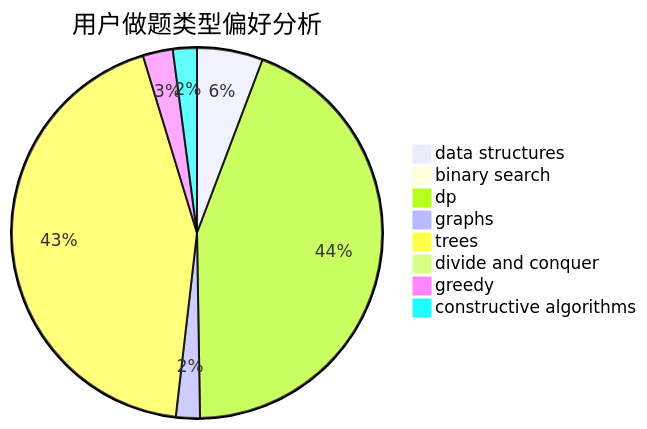
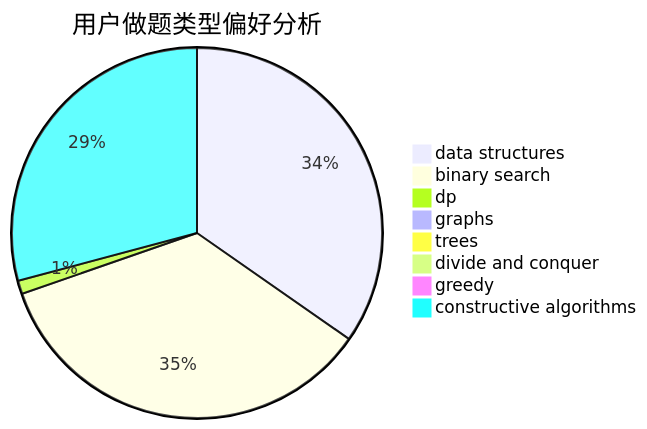
One commit to sherpahu/cfrs.github.io changed the second of 3 diagrams in docs/user/u1792.md. Above: the diagram before and after it, drawn with Mermaid. The commit also changed other lines of this file and 2770 other files, not shown here.

````diff
--- a/docs/user/u1792.md
+++ b/docs/user/u1792.md
@@ -23,11 +23,11 @@
 ```mermaid
 pie title 用户做题类型偏好分析
-    "data structures" :  11
-    "binary search" :  1
-    "dp" :  84
-    "graphs" :  4
-    "trees" :  83
+    "data structures" :  119
+    "binary search" :  120
+    "dp" :  4
+    "graphs" :  1
+    "trees" :  0
     "divide and conquer" :  0
-    "greedy" :  5
-    "constructive algorithms" :  4
+    "greedy" :  2
+    "constructive algorithms" :  100
 ```
````
